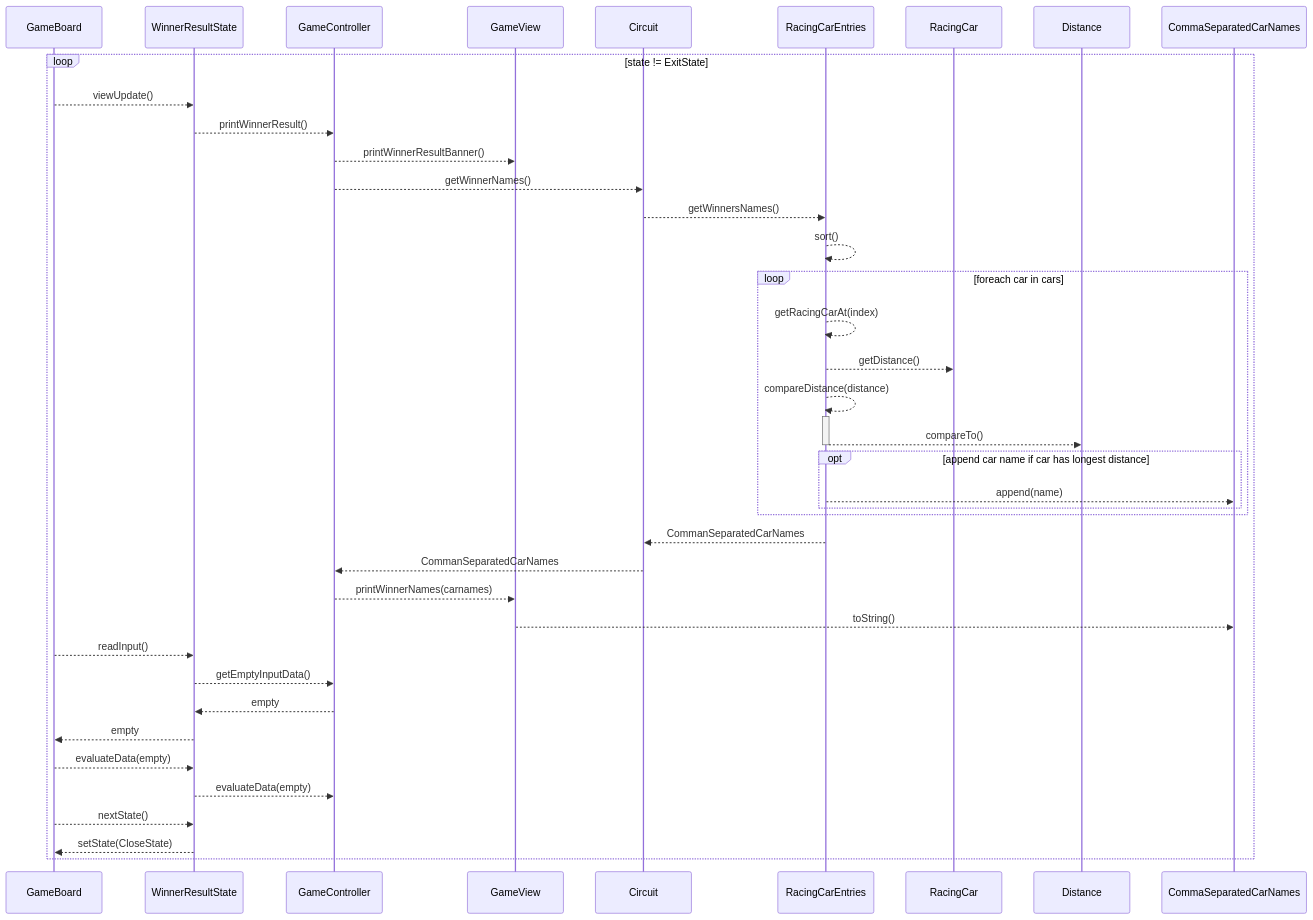
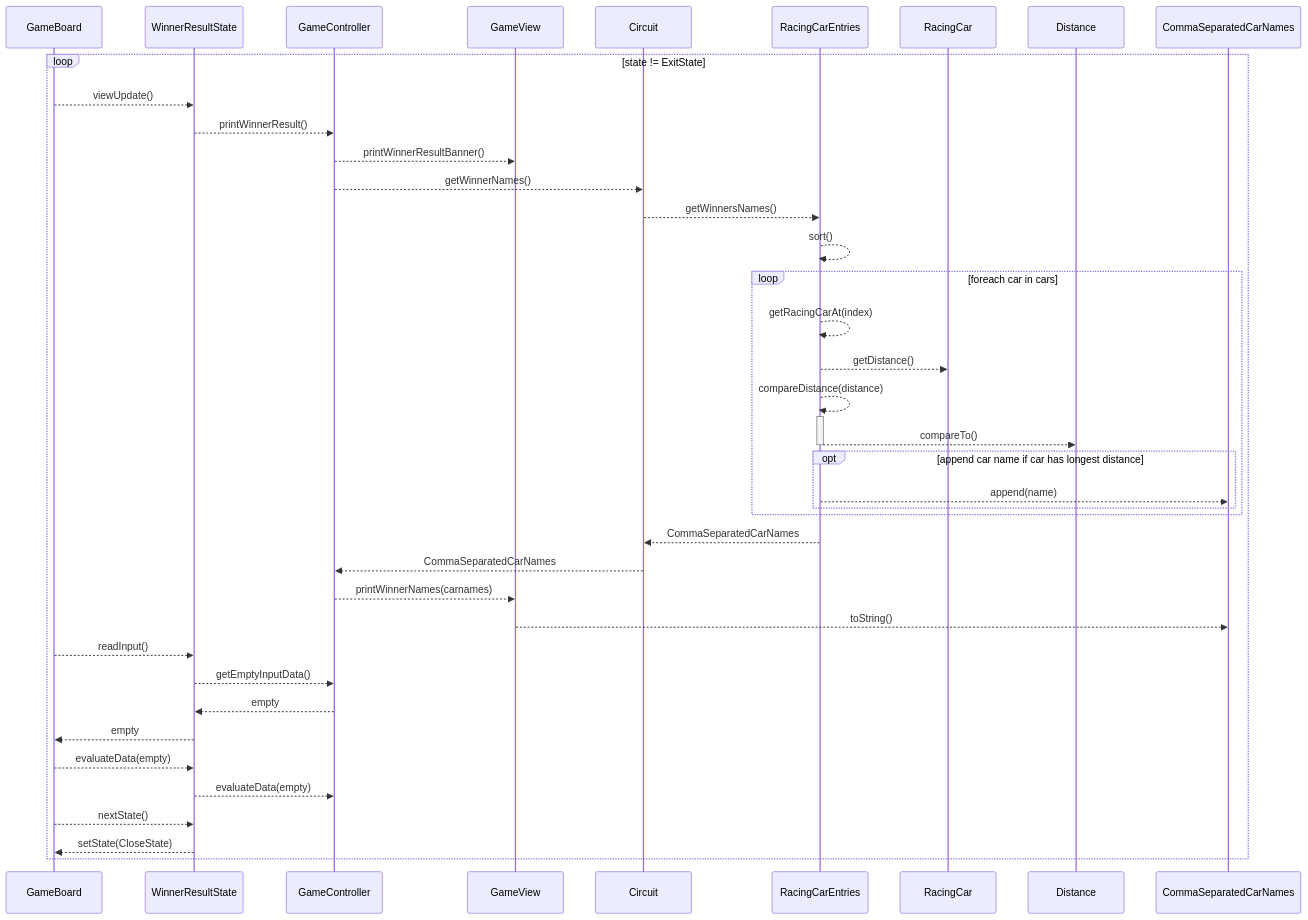
One commit to digiry/java-racingcar-precourse changed the seventh of 8 diagrams in docs/sequence_diagram.md. Above: the diagram before and after it, drawn with Mermaid. The commit also changed other lines of this file, not shown here.

````diff
--- a/docs/sequence_diagram.md
+++ b/docs/sequence_diagram.md
@@ -255,38 +255,38 @@
 ```mermaid
 sequenceDiagram
     loop state != ExitState
         GameBoard -->> WinnerResultState : viewUpdate()
         WinnerResultState -->> GameController : printWinnerResult()
         GameController -->> GameView : printWinnerResultBanner()
         GameController -->> Circuit : getWinnerNames()
         Circuit -->> RacingCarEntries : getWinnersNames()
         RacingCarEntries -->> RacingCarEntries : sort()
 
         loop foreach car in cars
             RacingCarEntries -->> RacingCarEntries : getRacingCarAt(index)
             RacingCarEntries -->> RacingCar : getDistance()
             RacingCarEntries -->>+ RacingCarEntries : compareDistance(distance)
             RacingCarEntries -->>- Distance : compareTo()
 
             opt append car name if car has longest distance
                 RacingCarEntries -->> CommaSeparatedCarNames : append(name)
             end
         end
 
-        RacingCarEntries -->> Circuit : CommanSeparatedCarNames
-        Circuit -->> GameController : CommanSeparatedCarNames
+        RacingCarEntries -->> Circuit : CommaSeparatedCarNames
+        Circuit -->> GameController : CommaSeparatedCarNames
         GameController -->> GameView : printWinnerNames(carnames)
         GameView -->> CommaSeparatedCarNames : toString()
 
         GameBoard -->> WinnerResultState : readInput()
         WinnerResultState -->> GameController : getEmptyInputData()
         GameController -->> WinnerResultState : empty
         WinnerResultState -->> GameBoard : empty
 
         GameBoard -->> WinnerResultState : evaluateData(empty)
         WinnerResultState -->> GameController : evaluateData(empty)
         
         GameBoard -->> WinnerResultState : nextState()
         WinnerResultState -->> GameBoard : setState(CloseState)
     end
 ```
````
